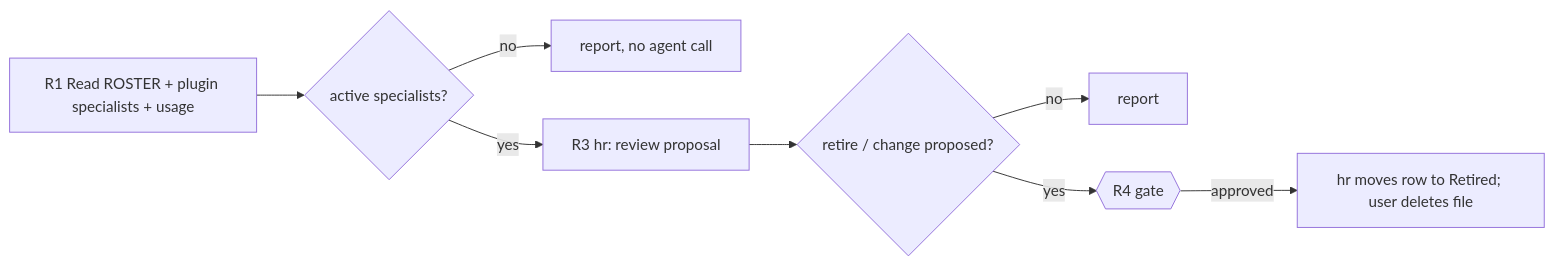
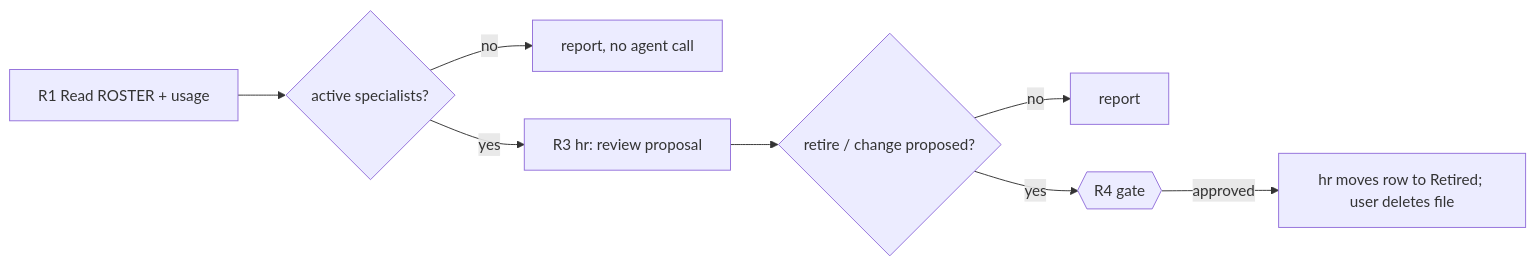
One commit to Tuan-Quyen/technical-teams changed the second of 2 diagrams in commands/hire.md. Above: the diagram before and after it, drawn with Mermaid. The commit also changed other lines of this file and 48 other files, not shown here.

````diff
--- a/commands/hire.md
+++ b/commands/hire.md
@@ -84,10 +83,10 @@
 ```mermaid
 flowchart LR
-  A[R1 Read ROSTER + plugin specialists + usage] --> B{active specialists?}
+  A[R1 Read ROSTER + usage] --> B{active specialists?}
   B -- no --> R[report, no agent call]
   B -- yes --> C[R3 hr: review proposal]
   C --> D{retire / change proposed?}
   D -- no --> R2[report]
   D -- yes --> G{{R4 gate}}
   G -- approved --> H[hr moves row to Retired; user deletes file]
 ```
````
